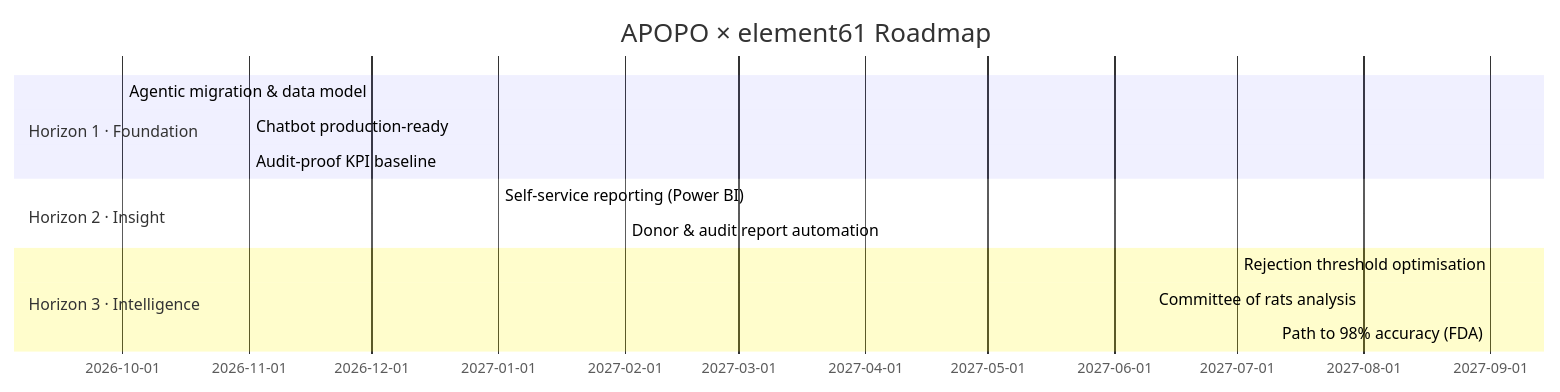
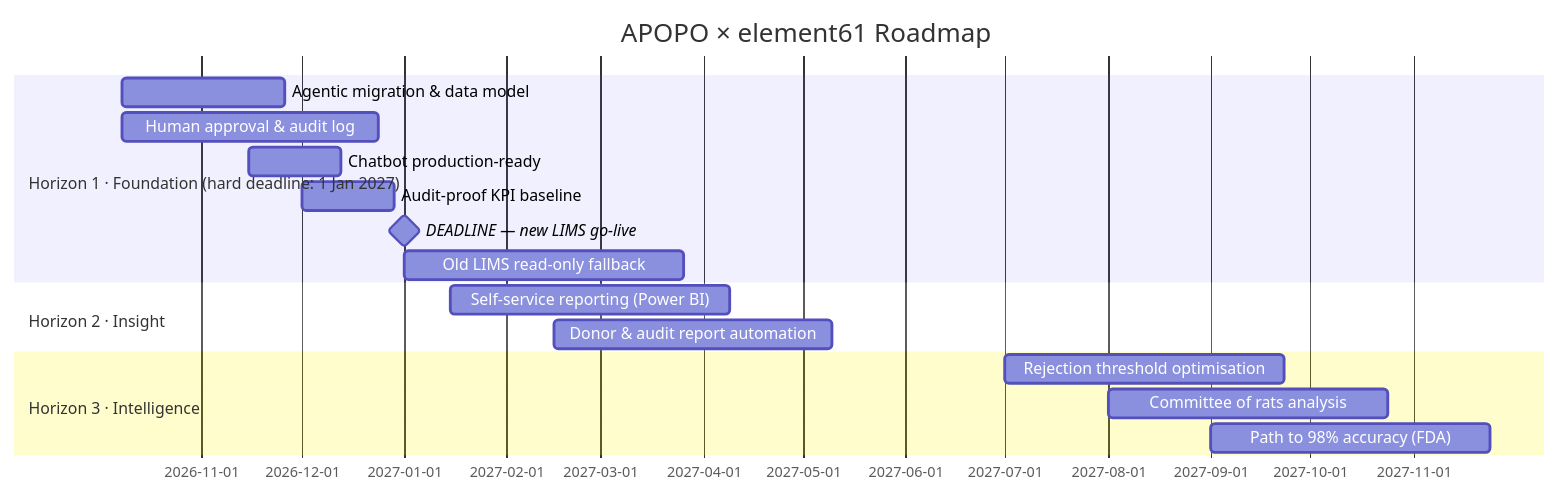
Before and after one commit to stefanoslucenae61/hackton_apopo: the second of 2 diagrams in meeting-notes/poc-presentation-plan.md, drawn with Mermaid. The commit also changed other lines of this file and 1 other file, not shown here.

First line of the commit message:
Integrate Julie's answers: Jan 1 deadline, FDA audit constraints, contingency plan

````diff
--- a/meeting-notes/poc-presentation-plan.md
+++ b/meeting-notes/poc-presentation-plan.md
@@ -117,16 +131,19 @@
 ```mermaid
 gantt
     title APOPO × element61 Roadmap
-    dateFormat  YYYY-MM
-    section Horizon 1 · Foundation
-    Agentic migration & data model     :h1a, 2026-10, 2m
-    Chatbot production-ready           :h1b, 2026-11, 1m
-    Audit-proof KPI baseline           :h1c, 2026-11, 1m
+    dateFormat  YYYY-MM-DD
+    section Horizon 1 · Foundation (hard deadline: 1 Jan 2027)
+    Agentic migration & data model     :h1a, 2026-10-08, 7w
+    Human approval & audit log         :h1b, 2026-10-08, 11w
+    Chatbot production-ready           :h1c, 2026-11-15, 4w
+    Audit-proof KPI baseline           :h1d, 2026-12-01, 4w
+    DEADLINE — new LIMS go-live        :milestone, 2027-01-01, 0d
+    Old LIMS read-only fallback        :h1e, 2027-01-01, 12w
     section Horizon 2 · Insight
-    Self-service reporting (Power BI)  :h2a, 2027-01, 3m
-    Donor & audit report automation    :h2b, 2027-02, 3m
+    Self-service reporting (Power BI)  :h2a, 2027-01-15, 12w
+    Donor & audit report automation    :h2b, 2027-02-15, 12w
     section Horizon 3 · Intelligence
-    Rejection threshold optimisation   :h3a, 2027-07, 3m
-    Committee of rats analysis         :h3b, 2027-08, 3m
-    Path to 98% accuracy (FDA)         :h3c, 2027-09, 3m
+    Rejection threshold optimisation   :h3a, 2027-07-01, 12w
+    Committee of rats analysis         :h3b, 2027-08-01, 12w
+    Path to 98% accuracy (FDA)         :h3c, 2027-09-01, 12w
 ```
````
